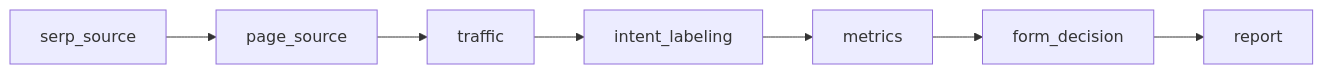
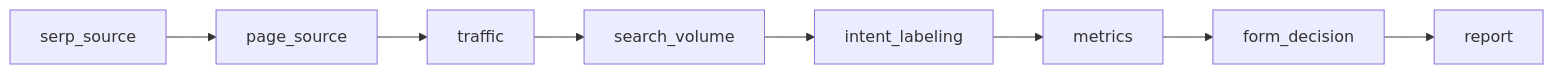
Before and after one commit to romek-rozen/intent-labeler: the diagram in src/intent_labeler/features/README.md, drawn with Mermaid. The commit also changed other lines of this file and 24 other files, not shown here.

Commit message:
feat: search volume and seasonality (DataForSEO Labs), DataForSEO costs in snapshots, INTENT_LLM_EXTRA_BODY to switch reasoning off

````diff
--- a/src/intent_labeler/features/README.md
+++ b/src/intent_labeler/features/README.md
@@ -5,9 +5,10 @@
 ```mermaid
 flowchart LR
     serp_source --> page_source
     page_source --> traffic
-    traffic --> intent_labeling
+    traffic --> search_volume
+    search_volume --> intent_labeling
     intent_labeling --> metrics
     metrics --> form_decision
     form_decision --> report
 ```
````
